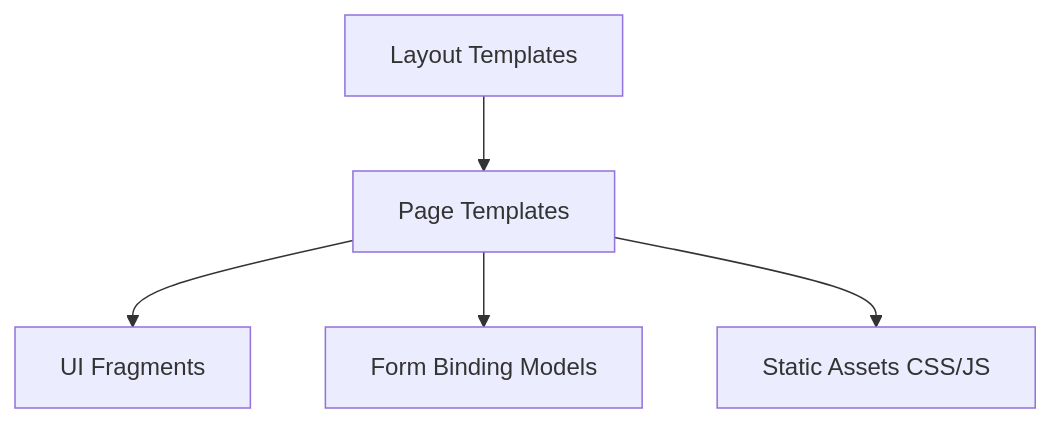
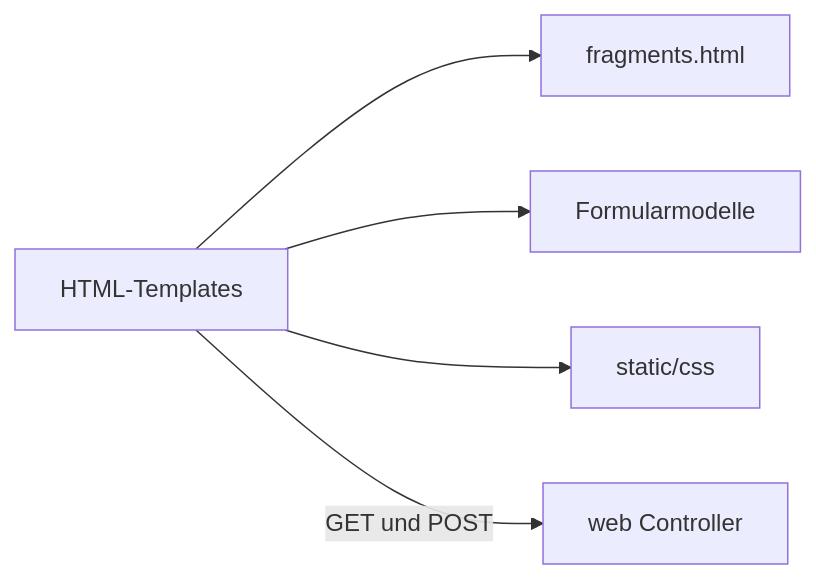
One commit to Bunyamin0101/WK_1106_CampusSplit changed the second of 6 diagrams in Architektur/A05-building-block-view.md. Above: the diagram before and after it, drawn with Mermaid. The commit also changed other lines of this file and 2 other files, not shown here.

Commit message:
docs(architecture): align building blocks and runtime with implementation

````diff
--- a/Architektur/A05-building-block-view.md
+++ b/Architektur/A05-building-block-view.md
@@ -245,13 +245,7 @@
 ```mermaid
-flowchart TD
-    LAYOUTS[Layout Templates]
-    PAGES[Page Templates]
-    FRAGMENTS[UI Fragments]
-    FORMS[Form Binding Models]
-    ASSETS[Static Assets CSS/JS]
-
-    LAYOUTS --> PAGES
-    PAGES --> FRAGMENTS
-    PAGES --> FORMS
-    PAGES --> ASSETS
+flowchart LR
+    PAGES[HTML-Templates] --> FRAGMENTS[fragments.html]
+    PAGES --> FORMS[Formularmodelle]
+    PAGES --> ASSETS[static/css]
+    PAGES -->|GET und POST| CONTROLLER[web Controller]
 ```
````
